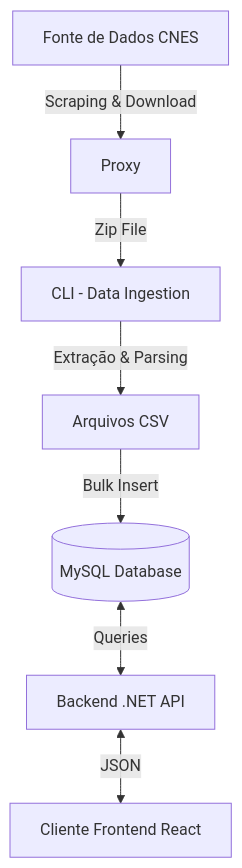
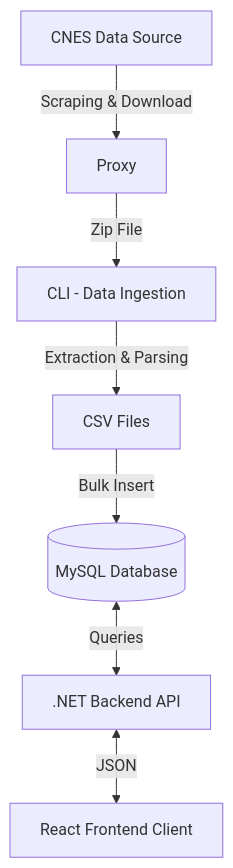
The diagram in README.md (Paulo-Fernando-R/projectHealth), drawn with Mermaid before and after one commit. The commit also changed other lines of this file and 1 other file, not shown here.

````diff
--- a/README.md
+++ b/README.md
@@ -20,9 +22,9 @@
 ```mermaid
 graph TD
-    Source[Fonte de Dados CNES] -->|Scraping & Download| Proxy
+    Source[CNES Data Source] -->|Scraping & Download| Proxy
     Proxy -->|Zip File| CLI[CLI - Data Ingestion]
-    CLI -->|Extração & Parsing| CSVs[Arquivos CSV]
+    CLI -->|Extraction & Parsing| CSVs[CSV Files]
     CSVs -->|Bulk Insert| DB[(MySQL Database)]
-    DB <-->|Queries| API[Backend .NET API]
-    API <-->|JSON| Web[Cliente Frontend React]
+    DB <-->|Queries| API[.NET Backend API]
+    API <-->|JSON| Web[React Frontend Client]
 ```
````
